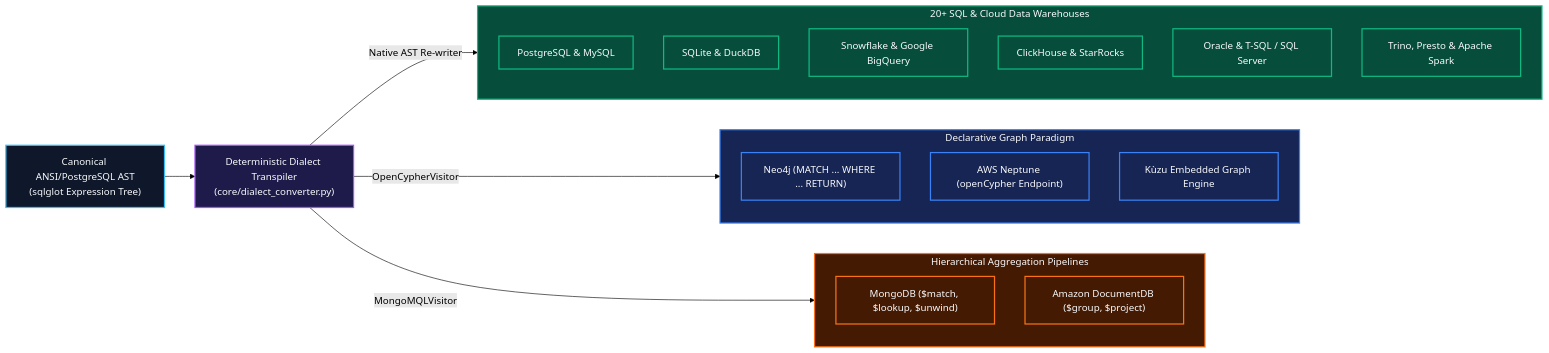
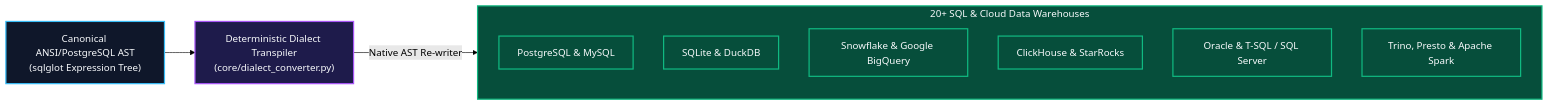
The second of 4 diagrams in README.md (VanshikaKritiSingh/NL2SQL), drawn with Mermaid (forest theme) before and after one commit. The commit also changed other lines of this file and 18 other files, not shown here.

````diff
--- a/README.md
+++ b/README.md
@@ -128,33 +190,18 @@
 ```mermaid
 flowchart LR
     classDef source fill:#0f172a,stroke:#38bdf8,stroke-width:2px,color:#f8fafc;
     classDef engine fill:#1e1b4b,stroke:#a855f7,stroke-width:2px,color:#f8fafc;
     classDef sql fill:#064e3b,stroke:#10b981,stroke-width:2px,color:#f8fafc;
-    classDef graph_alter fill:#172554,stroke:#3b82f6,stroke-width:2px,color:#f8fafc;
-    classDef doc fill:#451a03,stroke:#f97316,stroke-width:2px,color:#f8fafc;
 
     AST["Canonical ANSI/PostgreSQL AST<br/>(sqlglot Expression Tree)"]:::source --> ENGINE["Deterministic Dialect Transpiler<br/>(core/dialect_converter.py)"]:::engine
 
     ENGINE -->|"Native AST Re-writer"| SQL_GROUP["Relational & OLAP Engines"]:::sql
     subgraph SQL_GROUP ["20+ SQL & Cloud Data Warehouses"]
         SQL1["PostgreSQL & MySQL"]:::sql
         SQL2["SQLite & DuckDB"]:::sql
         SQL3["Snowflake & Google BigQuery"]:::sql
         SQL4["ClickHouse & StarRocks"]:::sql
         SQL5["Oracle & T-SQL / SQL Server"]:::sql
         SQL6["Trino, Presto & Apache Spark"]:::sql
     end
-
-    ENGINE -->|"OpenCypherVisitor"| GRAPH_GROUP["Graph Databases"]:::graph_alter
-    subgraph GRAPH_GROUP ["Declarative Graph Paradigm"]
-        G1["Neo4j (MATCH ... WHERE ... RETURN)"]:::graph_alter
-        G2["AWS Neptune (openCypher Endpoint)"]:::graph_alter
-        G3["Kùzu Embedded Graph Engine"]:::graph_alter
-    end
-
-    ENGINE -->|"MongoMQLVisitor"| DOC_GROUP["Document NoSQL Engines"]:::doc
-    subgraph DOC_GROUP ["Hierarchical Aggregation Pipelines"]
-        D1["MongoDB ($match, $lookup, $unwind)"]:::doc
-        D2["Amazon DocumentDB ($group, $project)"]:::doc
-    end
 ```
````
